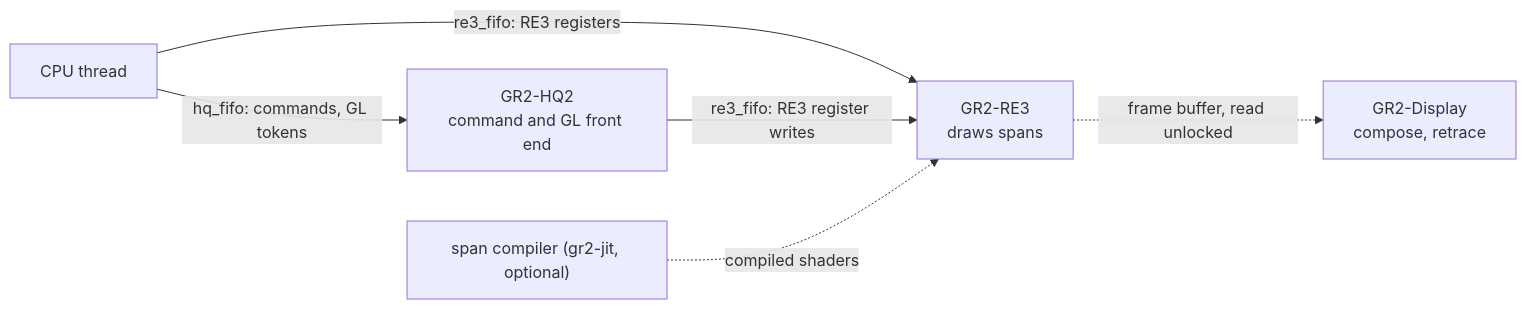
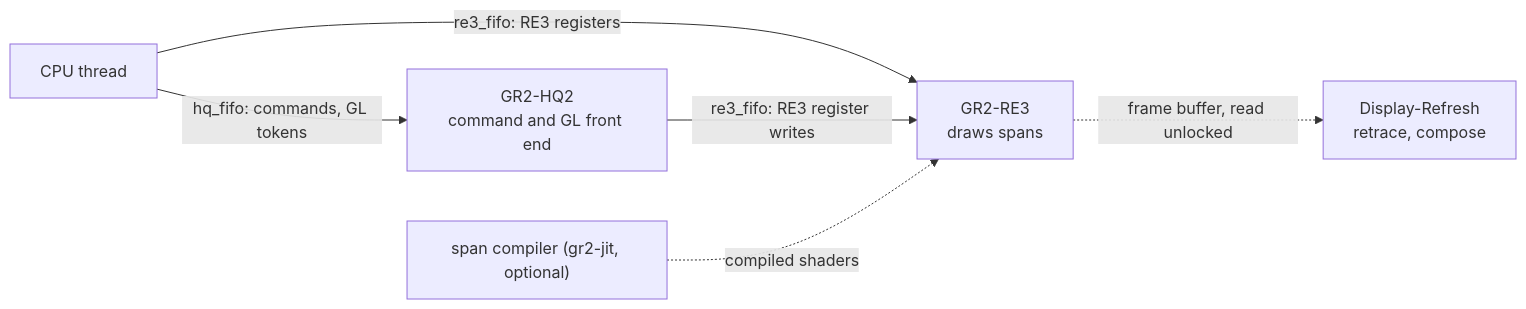
One commit to techomancer/iris changed the third of 3 diagrams in docs/graphics/gr2.md. Above: the diagram before and after it, drawn with Mermaid. The commit also changed other lines of this file and 8 other files, not shown here.

First line of the commit message:
docs: the display refresh thread

````diff
--- a/docs/graphics/gr2.md
+++ b/docs/graphics/gr2.md
@@ -88,8 +88,8 @@
 ```mermaid
 flowchart LR
   cpu["CPU thread"] -->|hq_fifo: commands, GL tokens| hq["GR2-HQ2<br/>command and GL front end"]
   cpu -->|re3_fifo: RE3 registers| re3["GR2-RE3<br/>draws spans"]
   hq -->|re3_fifo: RE3 register writes| re3
   jit["span compiler (gr2-jit, optional)"] -.->|compiled shaders| re3
-  re3 -.->|frame buffer, read unlocked| disp["GR2-Display<br/>compose, retrace"]
+  re3 -.->|frame buffer, read unlocked| disp["Display-Refresh<br/>retrace, compose"]
 ```
````
